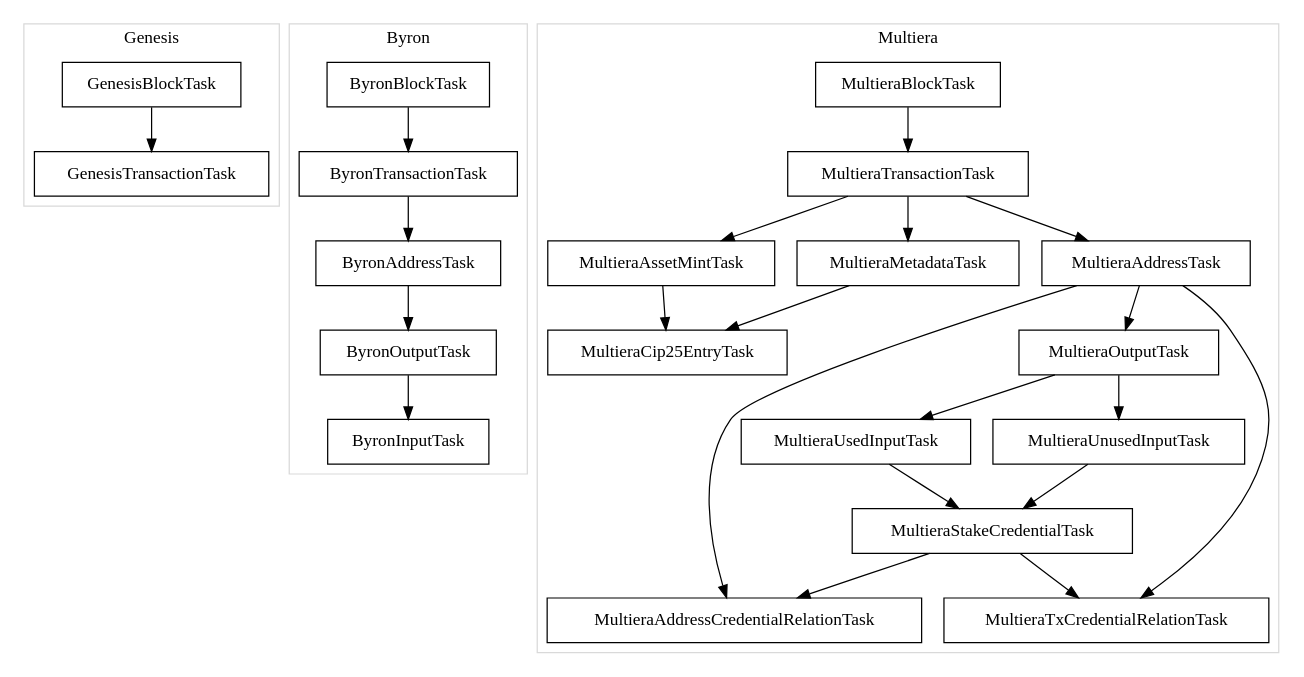
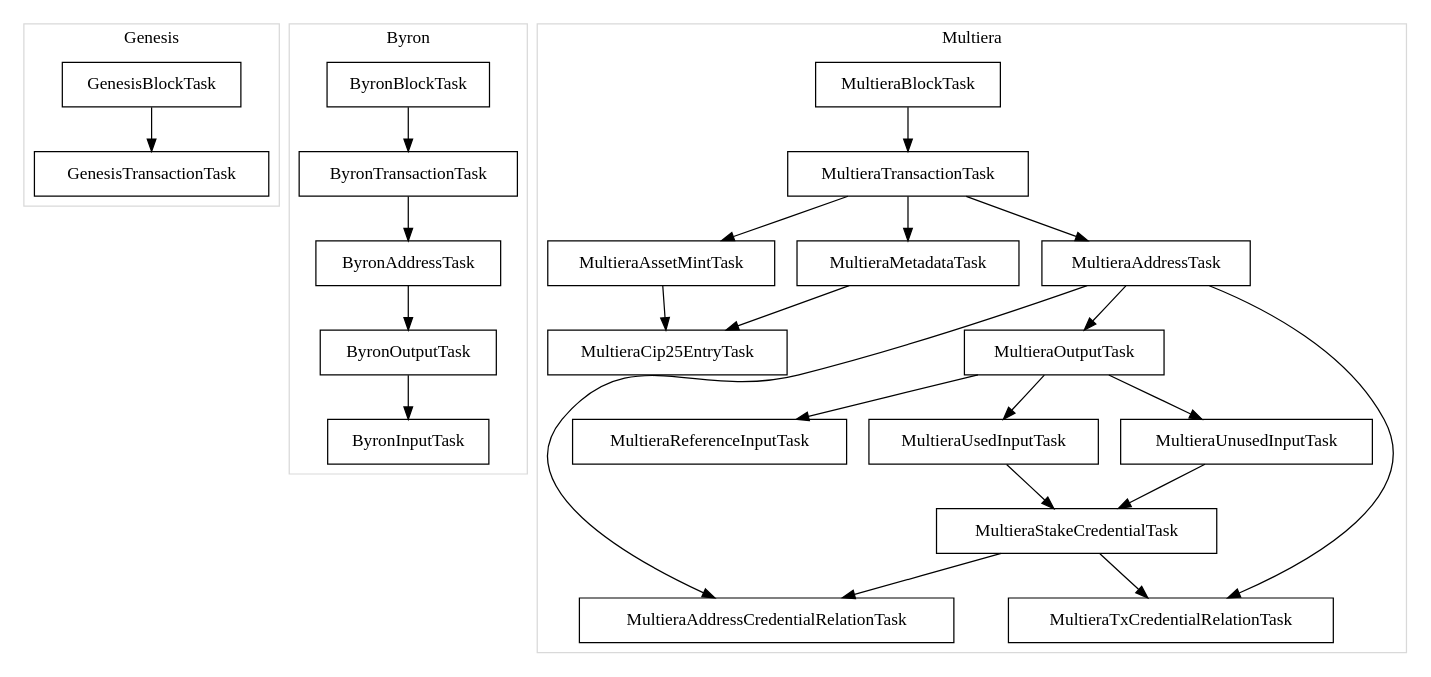
The diagram in docs/bin/default.dot (dcSpark/carp), drawn with Graphviz before and after one commit. The commit also changed 13 other files, not shown here.

```diff
--- a/docs/bin/default.dot
+++ b/docs/bin/default.dot
@@ -1,81 +1,84 @@
 digraph default {
 subgraph cluster_Genesis {
 label="Genesis";
 color="grey85";
 
 N0;
 N1;
 
 }
 
 subgraph cluster_Byron {
 label="Byron";
 color="grey85";
 
 N2;
 N3;
 N4;
 N5;
 N6;
 
 }
 
 subgraph cluster_Multiera {
 label="Multiera";
 color="grey85";
 
 N7;
 N8;
 N9;
 N10;
 N11;
 N12;
 N13;
 N14;
 N15;
 N16;
 N17;
 N18;
+N19;
 
 }
 
     N0[label="GenesisBlockTask"][shape="box"];
     N1[label="GenesisTransactionTask"][shape="box"];
     N2[label="ByronBlockTask"][shape="box"];
     N3[label="ByronTransactionTask"][shape="box"];
     N4[label="ByronAddressTask"][shape="box"];
     N5[label="ByronOutputTask"][shape="box"];
     N6[label="ByronInputTask"][shape="box"];
     N7[label="MultieraBlockTask"][shape="box"];
     N8[label="MultieraTransactionTask"][shape="box"];
     N9[label="MultieraMetadataTask"][shape="box"];
     N10[label="MultieraAddressTask"][shape="box"];
     N11[label="MultieraOutputTask"][shape="box"];
-    N12[label="MultieraUsedInputTask"][shape="box"];
-    N13[label="MultieraUnusedInputTask"][shape="box"];
-    N14[label="MultieraStakeCredentialTask"][shape="box"];
-    N15[label="MultieraAddressCredentialRelationTask"][shape="box"];
-    N16[label="MultieraTxCredentialRelationTask"][shape="box"];
-    N17[label="MultieraAssetMintTask"][shape="box"];
-    N18[label="MultieraCip25EntryTask"][shape="box"];
+    N12[label="MultieraReferenceInputTask"][shape="box"];
+    N13[label="MultieraUsedInputTask"][shape="box"];
+    N14[label="MultieraUnusedInputTask"][shape="box"];
+    N15[label="MultieraStakeCredentialTask"][shape="box"];
+    N16[label="MultieraAddressCredentialRelationTask"][shape="box"];
+    N17[label="MultieraTxCredentialRelationTask"][shape="box"];
+    N18[label="MultieraAssetMintTask"][shape="box"];
+    N19[label="MultieraCip25EntryTask"][shape="box"];
     N0 -> N1[label=""];
     N2 -> N3[label=""];
     N3 -> N4[label=""];
     N4 -> N5[label=""];
     N5 -> N6[label=""];
     N7 -> N8[label=""];
     N8 -> N9[label=""];
     N8 -> N10[label=""];
     N10 -> N11[label=""];
     N11 -> N12[label=""];
     N11 -> N13[label=""];
-    N12 -> N14[label=""];
-    N13 -> N14[label=""];
-    N10 -> N15[label=""];
+    N11 -> N14[label=""];
+    N13 -> N15[label=""];
     N14 -> N15[label=""];
     N10 -> N16[label=""];
-    N14 -> N16[label=""];
-    N8 -> N17[label=""];
-    N9 -> N18[label=""];
-    N17 -> N18[label=""];
+    N15 -> N16[label=""];
+    N10 -> N17[label=""];
+    N15 -> N17[label=""];
+    N8 -> N18[label=""];
+    N9 -> N19[label=""];
+    N18 -> N19[label=""];
 }
```
